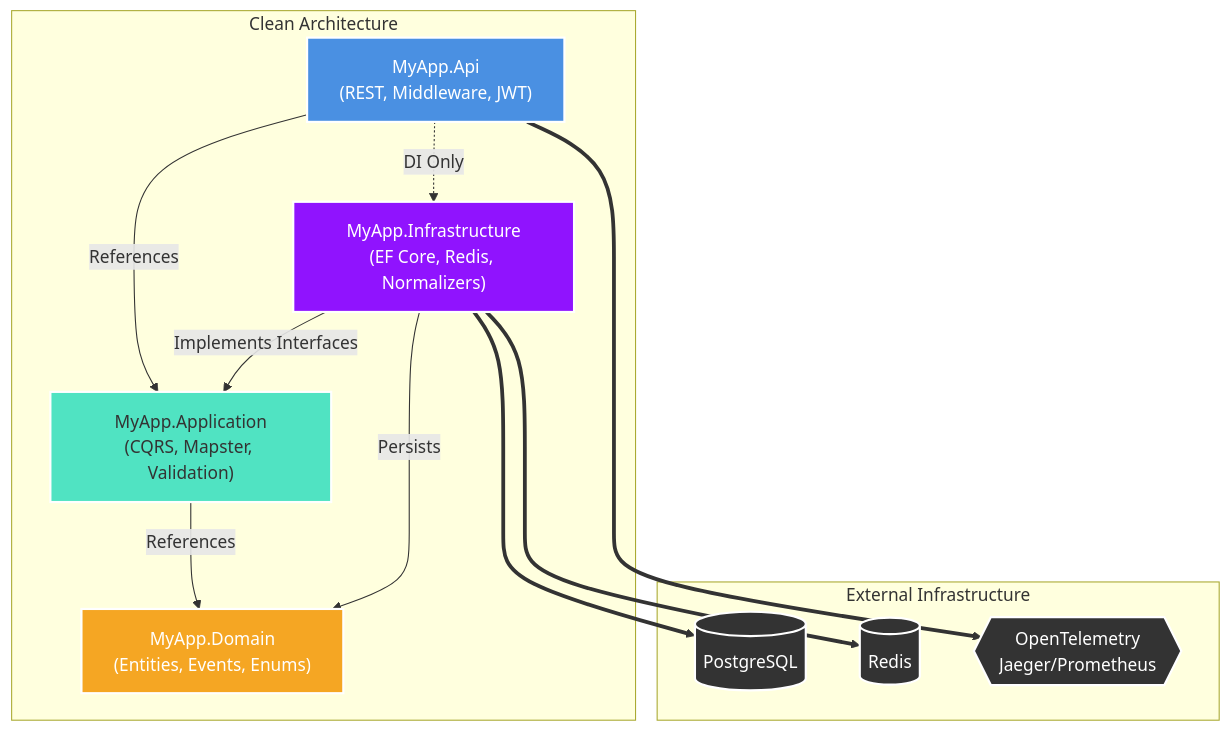
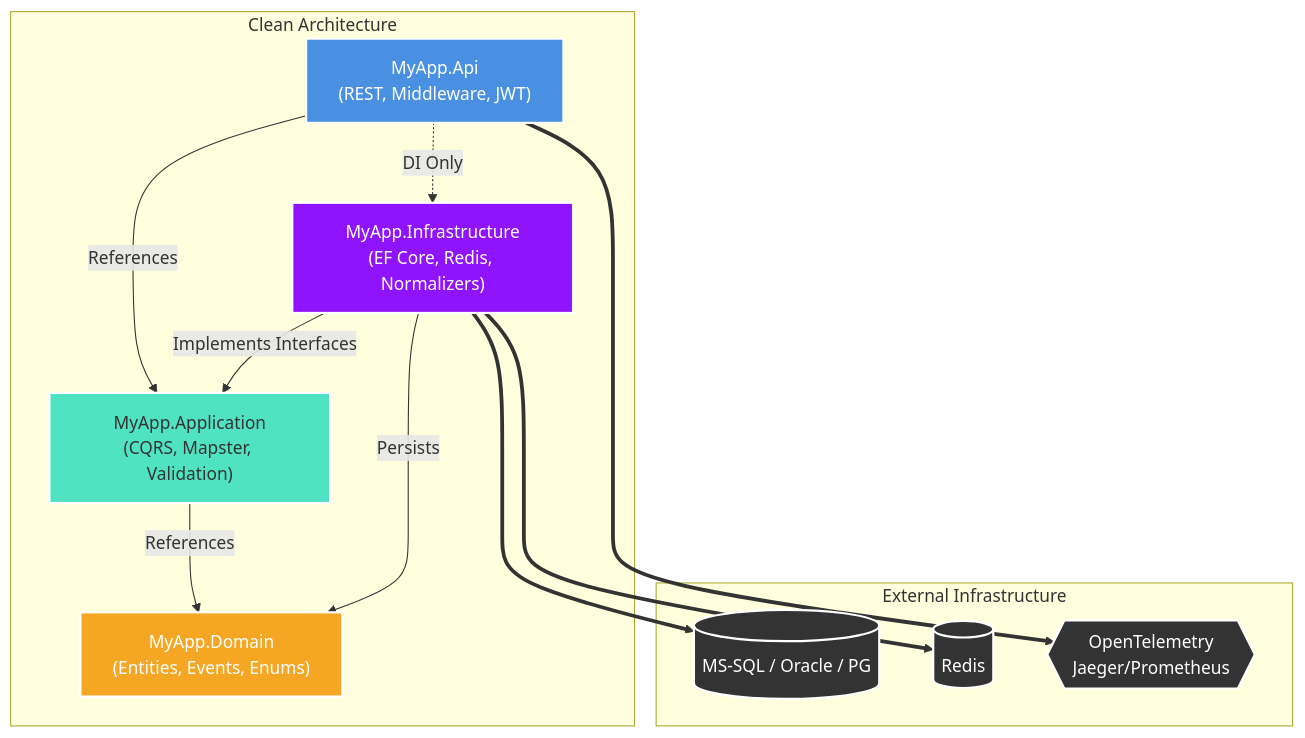
The diagram in README.md (VigneshSarathy26/aspnet-enterprise-api), drawn with Mermaid before and after one commit. The commit also changed other lines of this file and 219 other files, not shown here.

````diff
--- a/README.md
+++ b/README.md
@@ -13,31 +13,31 @@
 ```mermaid
 flowchart TD
     classDef api fill:#4a90e2,stroke:#fff,stroke-width:2px,color:#fff;
     classDef core fill:#50e3c2,stroke:#fff,stroke-width:2px,color:#333;
     classDef domain fill:#f5a623,stroke:#fff,stroke-width:2px,color:#fff;
     classDef infra fill:#9013fe,stroke:#fff,stroke-width:2px,color:#fff;
     classDef db fill:#333,stroke:#fff,stroke-width:2px,color:#fff;
 
     subgraph Clean Architecture
         API["MyApp.Api<br/>(REST, Middleware, JWT)"]:::api
         APP["MyApp.Application<br/>(CQRS, Mapster, Validation)"]:::core
         DOM["MyApp.Domain<br/>(Entities, Events, Enums)"]:::domain
         INF["MyApp.Infrastructure<br/>(EF Core, Redis, Normalizers)"]:::infra
 
         API -->|References| APP
         API -.->|DI Only| INF
         APP -->|References| DOM
         INF -->|Implements Interfaces| APP
         INF -->|Persists| DOM
     end
 
     subgraph External Infrastructure
-        DB[(PostgreSQL)]:::db
+        DB[(MS-SQL / Oracle / PG)]:::db
         CACHE[(Redis)]:::db
         OTEL{{OpenTelemetry<br/>Jaeger/Prometheus}}:::db
 
         INF ===> DB
         INF ===> CACHE
         API ===> OTEL
     end
 ```
````
